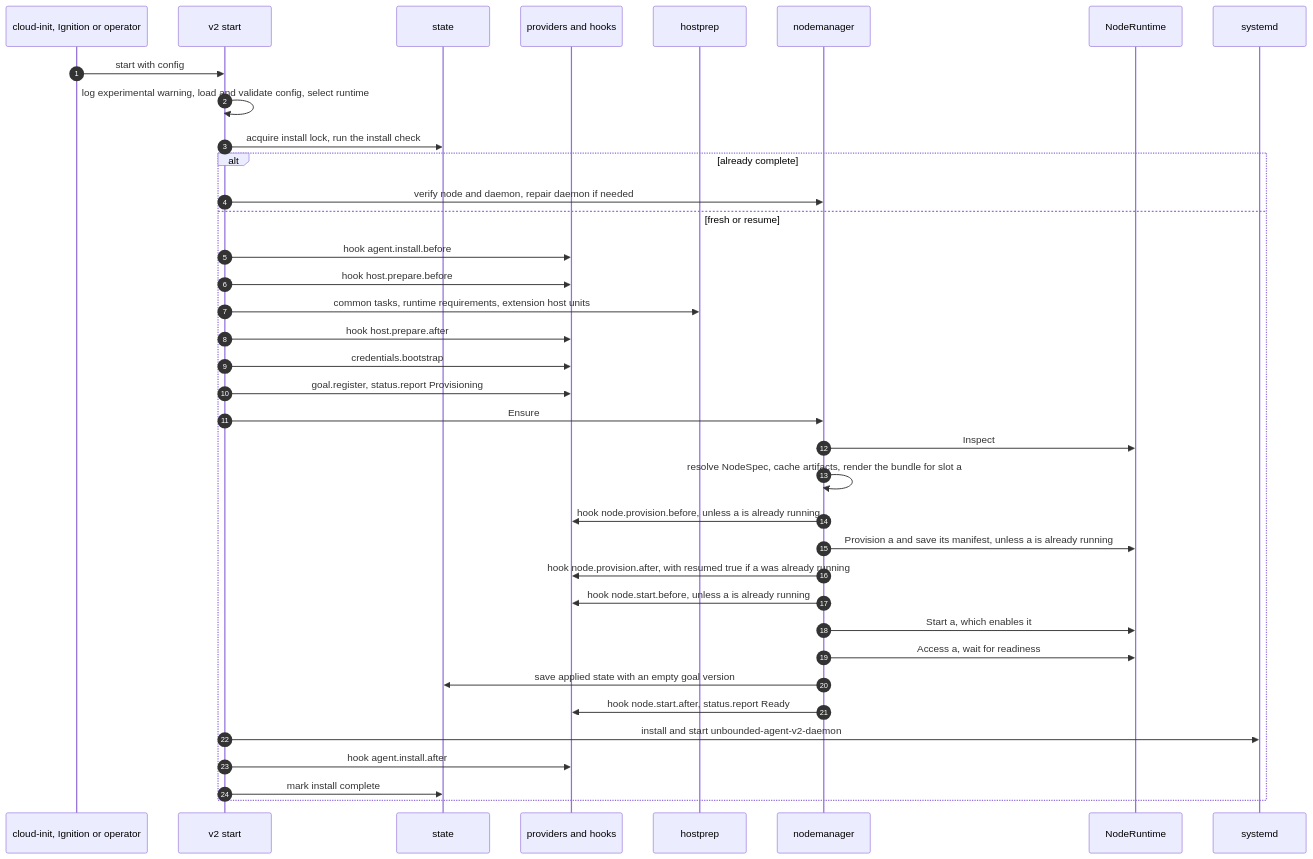
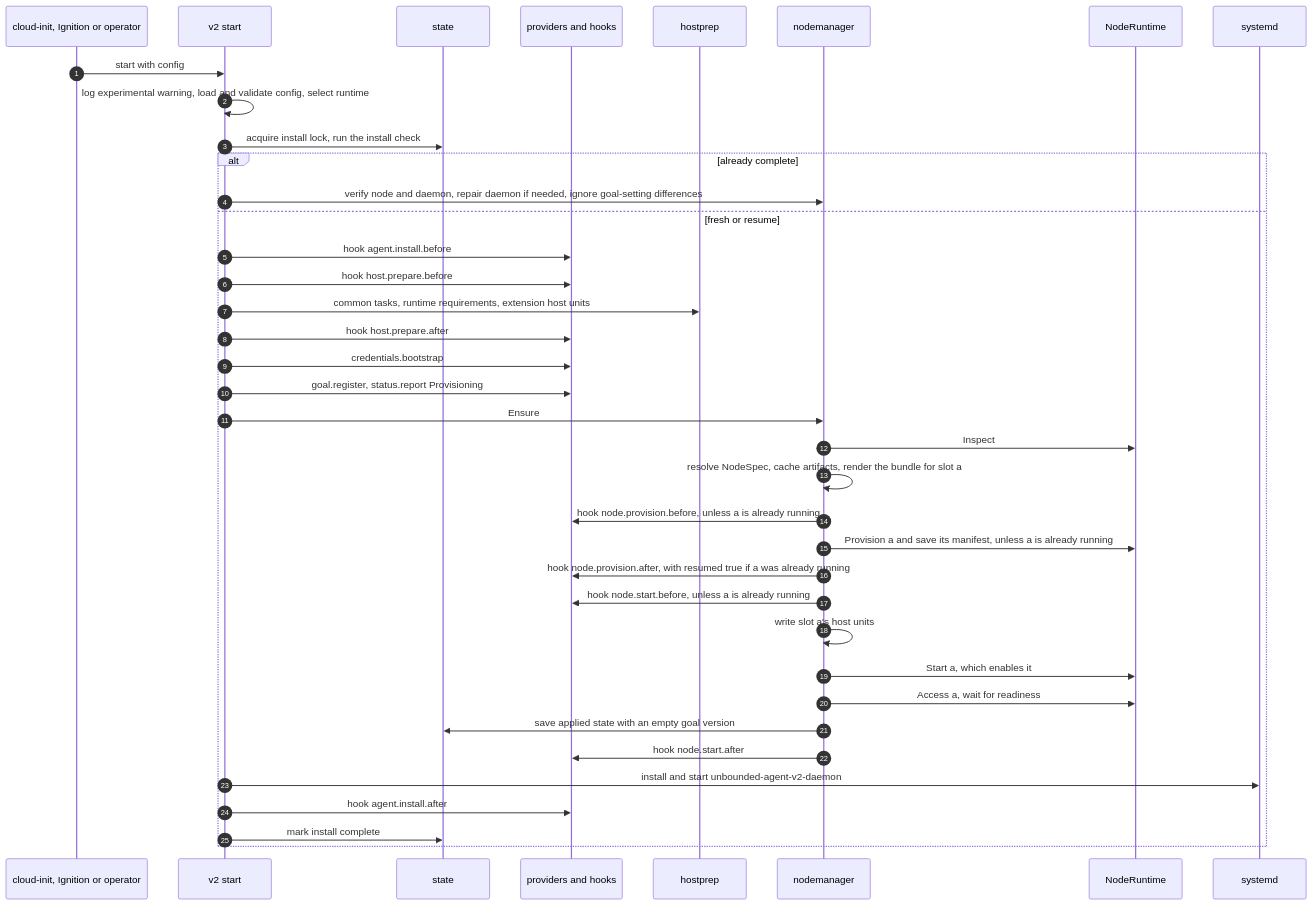
One commit to Azure/unbounded changed the third of 9 diagrams in designs/agent-v2.md. Above: the diagram before and after it, drawn with Mermaid. The commit also changed other lines of this file and 1 other file, not shown here.

````diff
--- a/designs/agent-v2.md
+++ b/designs/agent-v2.md
@@ -1224,39 +1266,40 @@
 ```mermaid
 sequenceDiagram
   autonumber
   participant Op as cloud-init, Ignition or operator
   participant CLI as v2 start
   participant St as state
   participant Px as providers and hooks
   participant HP as hostprep
   participant NM as nodemanager
   participant RT as NodeRuntime
   participant SD as systemd
   Op->>CLI: start with config
   CLI->>CLI: log experimental warning, load and validate config, select runtime
   CLI->>St: acquire install lock, run the install check
   alt already complete
-    CLI->>NM: verify node and daemon, repair daemon if needed
+    CLI->>NM: verify node and daemon, repair daemon if needed, ignore goal-setting differences
   else fresh or resume
     CLI->>Px: hook agent.install.before
     CLI->>Px: hook host.prepare.before
     CLI->>HP: common tasks, runtime requirements, extension host units
     CLI->>Px: hook host.prepare.after
     CLI->>Px: credentials.bootstrap
     CLI->>Px: goal.register, status.report Provisioning
     CLI->>NM: Ensure
     NM->>RT: Inspect
     NM->>NM: resolve NodeSpec, cache artifacts, render the bundle for slot a
     NM->>Px: hook node.provision.before, unless a is already running
     NM->>RT: Provision a and save its manifest, unless a is already running
     NM->>Px: hook node.provision.after, with resumed true if a was already running
     NM->>Px: hook node.start.before, unless a is already running
+    NM->>NM: write slot a's host units
     NM->>RT: Start a, which enables it
     NM->>RT: Access a, wait for readiness
     NM->>St: save applied state with an empty goal version
-    NM->>Px: hook node.start.after, status.report Ready
+    NM->>Px: hook node.start.after
     CLI->>SD: install and start unbounded-agent-v2-daemon
     CLI->>Px: hook agent.install.after
     CLI->>St: mark install complete
   end
 ```
````
